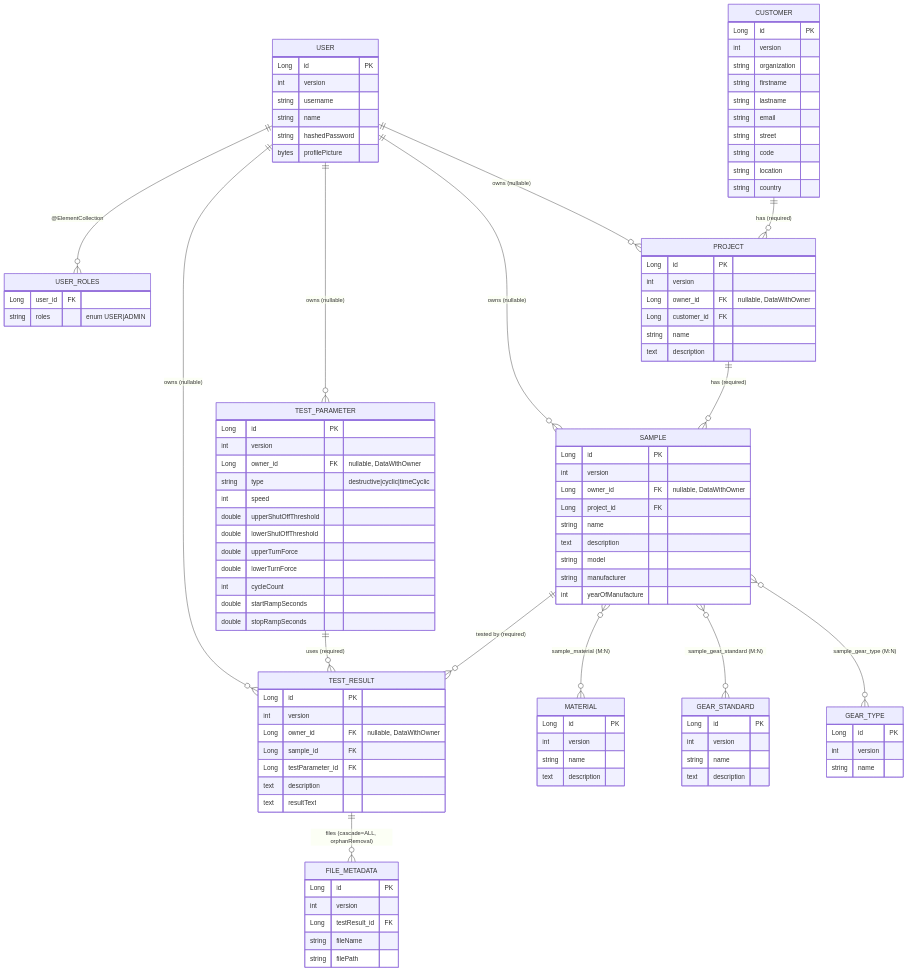
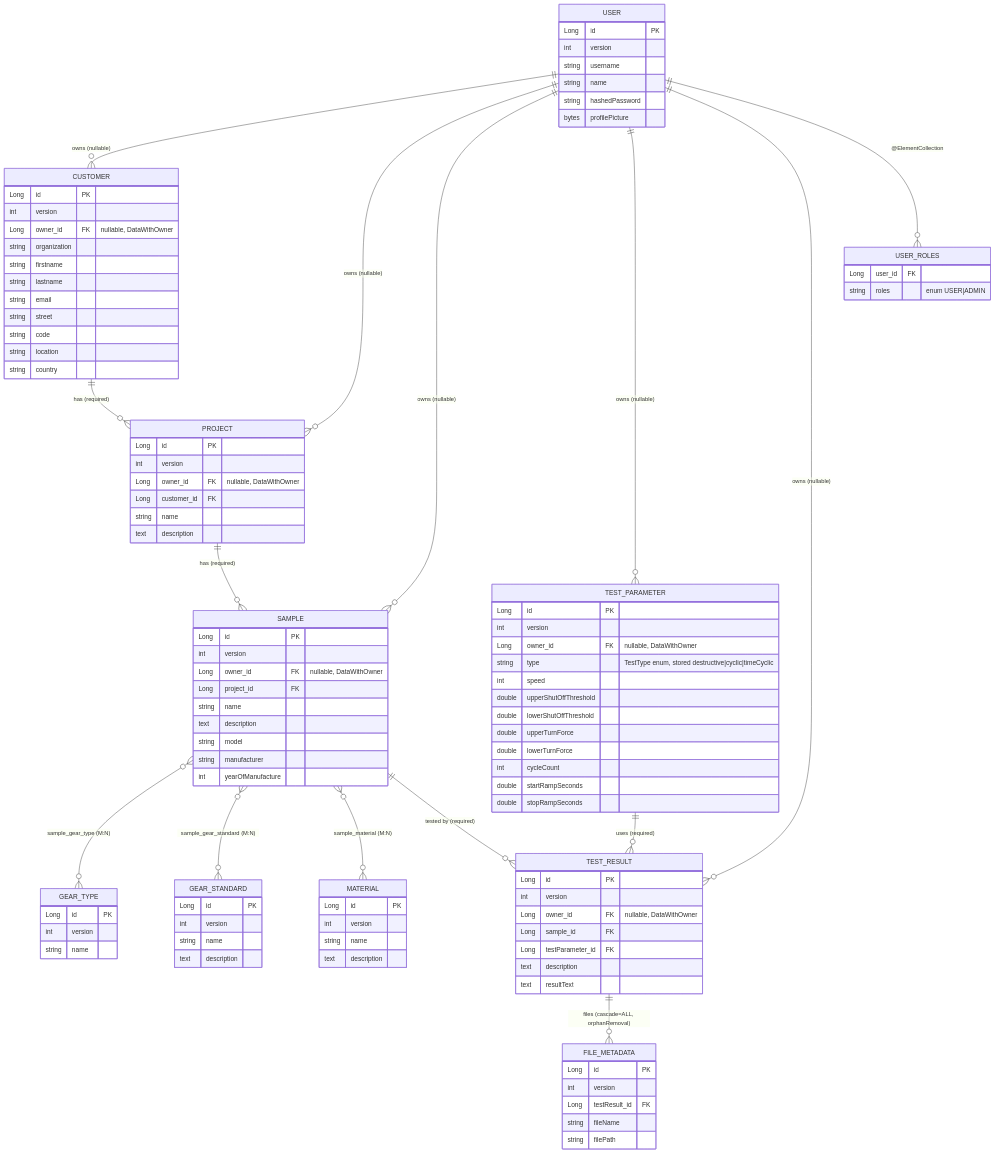
The diagram in doc/diagrams/src/er-diagram.mmd (rupfizupfi/breaktest-command-deck), drawn with Mermaid before and after one commit. The commit also changed 489 other files, not shown here.

```diff
--- a/doc/diagrams/src/er-diagram.mmd
+++ b/doc/diagrams/src/er-diagram.mmd
@@ -1,112 +1,114 @@
 %% ER diagram derived from JPA entities under cms/src/main/java/ch/rupfizupfi/deck/data/
 %% All entities live in :cms; :command-deck has none of its own.
 %% Branch: main @ 2026-08-29
 erDiagram
+    USER ||--o{ CUSTOMER      : "owns (nullable)"
     USER ||--o{ PROJECT       : "owns (nullable)"
     USER ||--o{ SAMPLE        : "owns (nullable)"
     USER ||--o{ TEST_PARAMETER: "owns (nullable)"
     USER ||--o{ TEST_RESULT   : "owns (nullable)"
     USER ||--o{ USER_ROLES    : "@ElementCollection"
 
     CUSTOMER ||--o{ PROJECT   : "has (required)"
 
     PROJECT  ||--o{ SAMPLE    : "has (required)"
 
     SAMPLE   }o--o{ GEAR_TYPE     : "sample_gear_type (M:N)"
     SAMPLE   }o--o{ GEAR_STANDARD : "sample_gear_standard (M:N)"
     SAMPLE   }o--o{ MATERIAL      : "sample_material (M:N)"
 
     SAMPLE         ||--o{ TEST_RESULT : "tested by (required)"
     TEST_PARAMETER ||--o{ TEST_RESULT : "uses (required)"
     TEST_RESULT    ||--o{ FILE_METADATA : "files (cascade=ALL, orphanRemoval)"
 
     USER {
         Long    id PK
         int     version
         string  username
         string  name
         string  hashedPassword
         bytes   profilePicture
     }
     USER_ROLES {
         Long   user_id FK
         string roles "enum USER|ADMIN"
     }
     CUSTOMER {
         Long   id PK
         int    version
+        Long   owner_id FK "nullable, DataWithOwner"
         string organization
         string firstname
         string lastname
         string email
         string street
         string code
         string location
         string country
     }
     PROJECT {
         Long   id PK
         int    version
         Long   owner_id FK "nullable, DataWithOwner"
         Long   customer_id FK
         string name
         text   description
     }
     SAMPLE {
         Long   id PK
         int    version
         Long   owner_id FK "nullable, DataWithOwner"
         Long   project_id FK
         string name
         text   description
         string model
         string manufacturer
         int    yearOfManufacture
     }
     GEAR_TYPE {
         Long   id PK
         int    version
         string name
     }
     GEAR_STANDARD {
         Long   id PK
         int    version
         string name
         text   description
     }
     MATERIAL {
         Long   id PK
         int    version
         string name
         text   description
     }
     TEST_PARAMETER {
         Long   id PK
         int    version
         Long   owner_id FK "nullable, DataWithOwner"
-        string type "destructive|cyclic|timeCyclic"
+        string type "TestType enum, stored destructive|cyclic|timeCyclic"
         int    speed
         double upperShutOffThreshold
         double lowerShutOffThreshold
         double upperTurnForce
         double lowerTurnForce
         int    cycleCount
         double startRampSeconds
         double stopRampSeconds
     }
     TEST_RESULT {
         Long   id PK
         int    version
         Long   owner_id FK "nullable, DataWithOwner"
         Long   sample_id FK
         Long   testParameter_id FK
         text   description
         text   resultText
     }
     FILE_METADATA {
         Long   id PK
         int    version
         Long   testResult_id FK
         string fileName
         string filePath
     }
```
